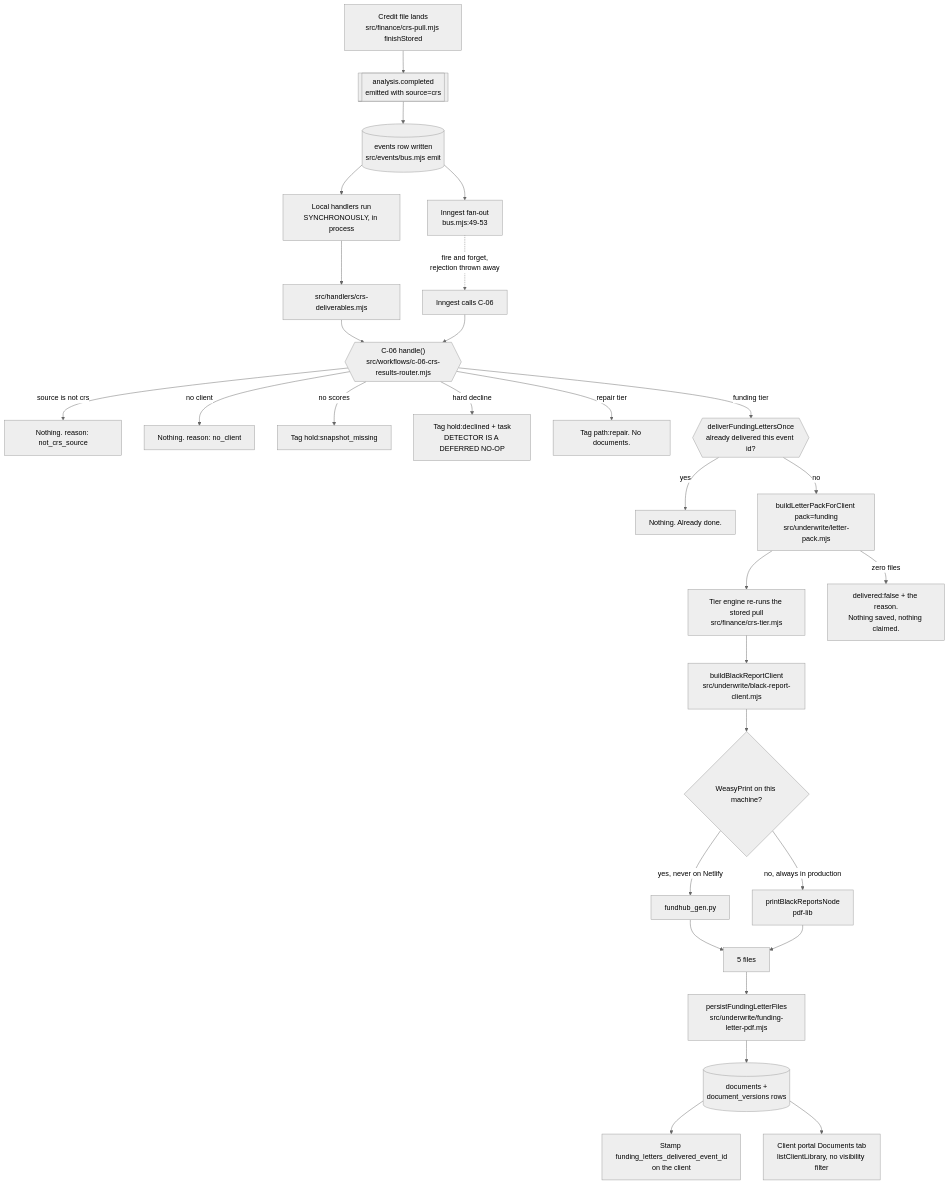
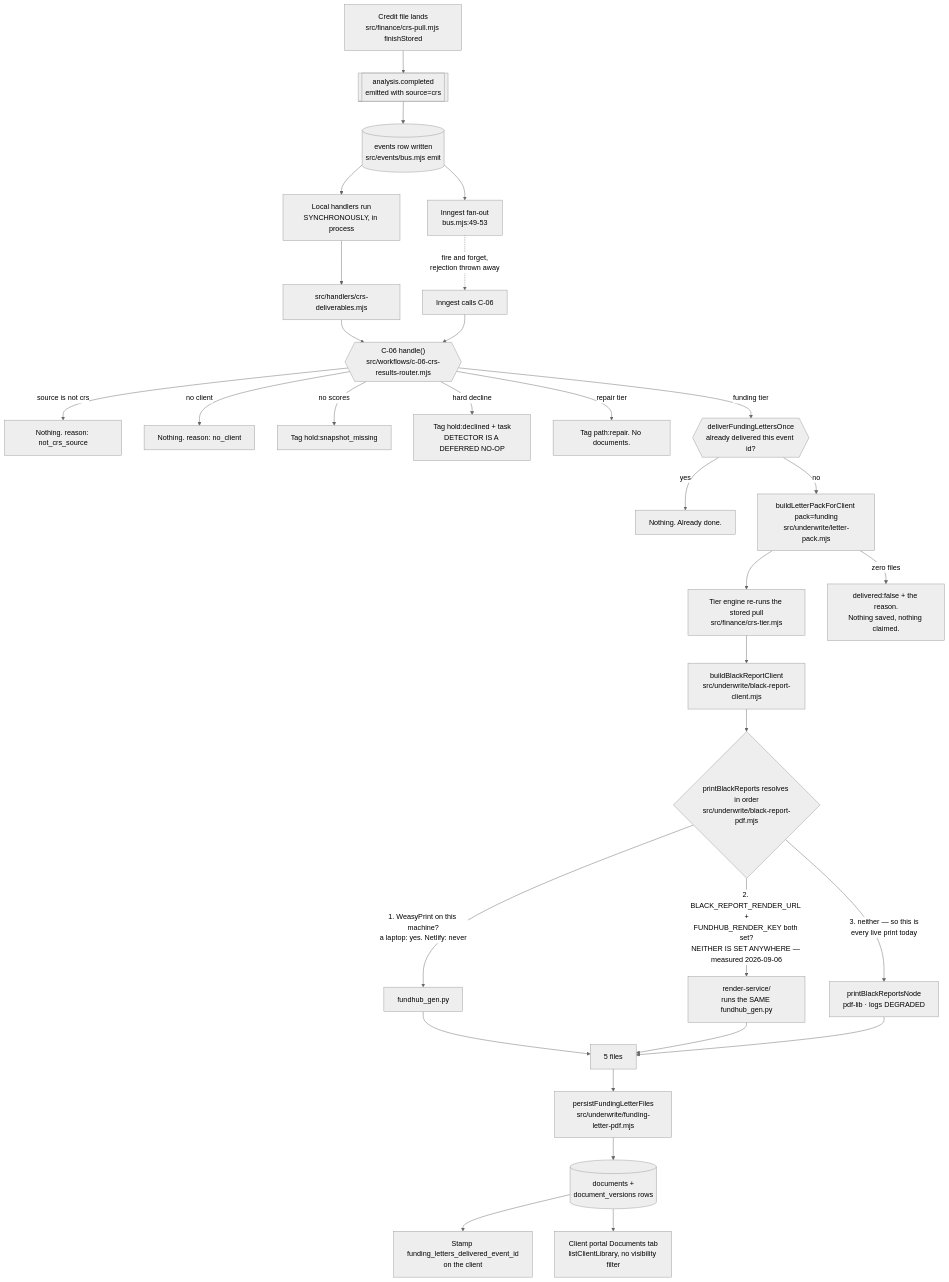
One commit to ZootimusMaximusSupreme/Fundhub_ai changed the first of 3 diagrams in docs/journeys/deliverables-flow.md. Above: the diagram before and after it, drawn with Mermaid (neutral theme). The commit also changed other lines of this file and 38 other files, not shown here.

````diff
--- a/docs/journeys/deliverables-flow.md
+++ b/docs/journeys/deliverables-flow.md
@@ -12,42 +12,44 @@
 ```mermaid
 flowchart TD
     PULL[Credit file lands<br/>src/finance/crs-pull.mjs finishStored] --> EV[["analysis.completed<br/>emitted with source=crs"]]
 
     EV --> ROW[(events row written<br/>src/events/bus.mjs emit)]
 
     ROW --> LOCAL[Local handlers run<br/>SYNCHRONOUSLY, in process]
     ROW --> FAN[Inngest fan-out<br/>bus.mjs:49-53]
 
     FAN -.->|"fire and forget,<br/>rejection thrown away"| INN[Inngest calls C-06]
     LOCAL --> H[src/handlers/crs-deliverables.mjs]
 
     H --> C06{{"C-06 handle()<br/>src/workflows/c-06-crs-results-router.mjs"}}
     INN --> C06
 
     C06 -->|source is not crs| STOP1[Nothing. reason: not_crs_source]
     C06 -->|no client| STOP2[Nothing. reason: no_client]
     C06 -->|no scores| TAG1[Tag hold:snapshot_missing]
     C06 -->|hard decline| TASK[Tag hold:declined + task<br/>DETECTOR IS A DEFERRED NO-OP]
     C06 -->|repair tier| TAG2[Tag path:repair. No documents.]
     C06 -->|funding tier| ONCE
 
     ONCE{{"deliverFundingLettersOnce<br/>already delivered this event id?"}}
     ONCE -->|yes| NOOP[Nothing. Already done.]
     ONCE -->|no| BUILD
 
     BUILD[buildLetterPackForClient pack=funding<br/>src/underwrite/letter-pack.mjs] --> ENGINE
     ENGINE[Tier engine re-runs the stored pull<br/>src/finance/crs-tier.mjs] --> DICT
     DICT[buildBlackReportClient<br/>src/underwrite/black-report-client.mjs] --> PRINT
-    PRINT{WeasyPrint on this machine?}
-    PRINT -->|yes, never on Netlify| PY[fundhub_gen.py]
-    PRINT -->|no, always in production| NODE[printBlackReportsNode<br/>pdf-lib]
+    PRINT{"printBlackReports resolves in order<br/>src/underwrite/black-report-pdf.mjs"}
+    PRINT -->|"1. WeasyPrint on this machine?<br/>a laptop: yes. Netlify: never"| PY[fundhub_gen.py]
+    PRINT -->|"2. BLACK_REPORT_RENDER_URL +<br/>FUNDHUB_RENDER_KEY both set?<br/>NEITHER IS SET ANYWHERE — measured 2026-09-06"| SVC[render-service/<br/>runs the SAME fundhub_gen.py]
+    PRINT -->|"3. neither — so this is<br/>every live print today"| NODE[printBlackReportsNode<br/>pdf-lib · logs DEGRADED]
     PY --> FILES
+    SVC --> FILES
     NODE --> FILES
     FILES[5 files] --> SAVE
 
     SAVE[persistFundingLetterFiles<br/>src/underwrite/funding-letter-pdf.mjs] --> DOCS[(documents +<br/>document_versions rows)]
     DOCS --> STAMP[Stamp funding_letters_delivered_event_id<br/>on the client]
     DOCS --> PORTAL[Client portal Documents tab<br/>listClientLibrary, no visibility filter]
 
     BUILD -->|zero files| WHY[delivered:false + the reason.<br/>Nothing saved, nothing claimed.]
 ```
````
